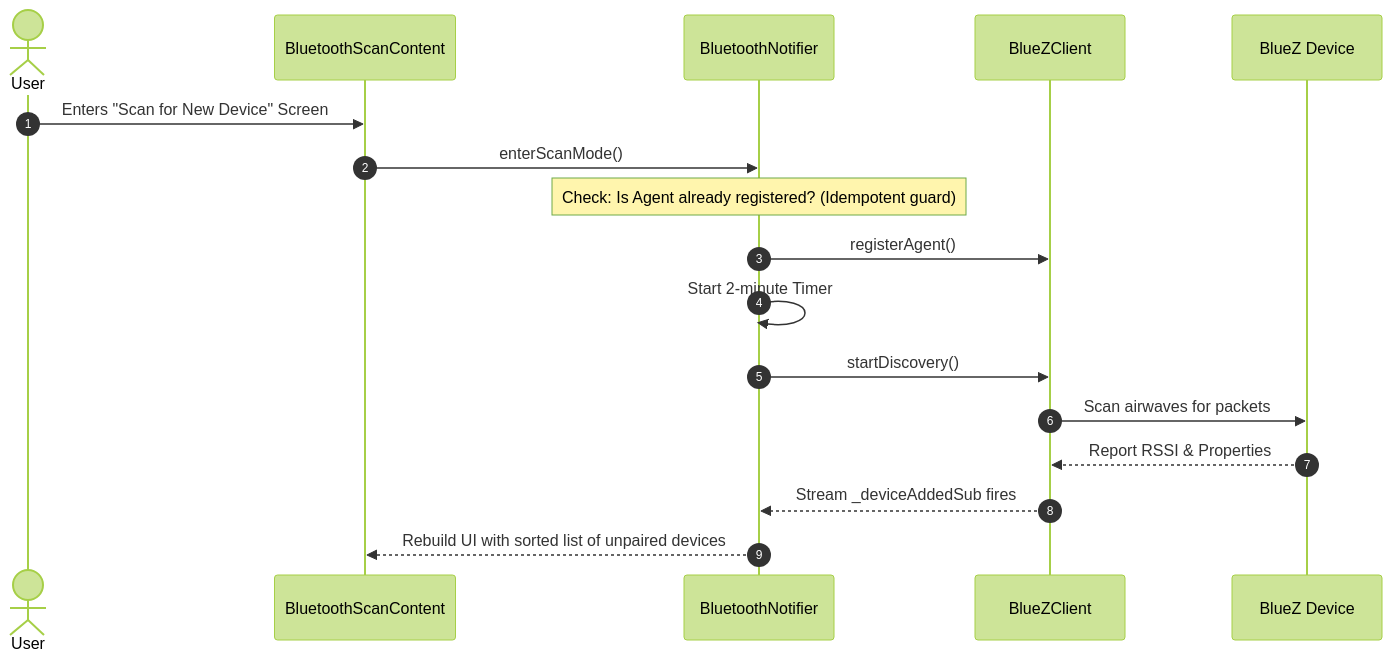
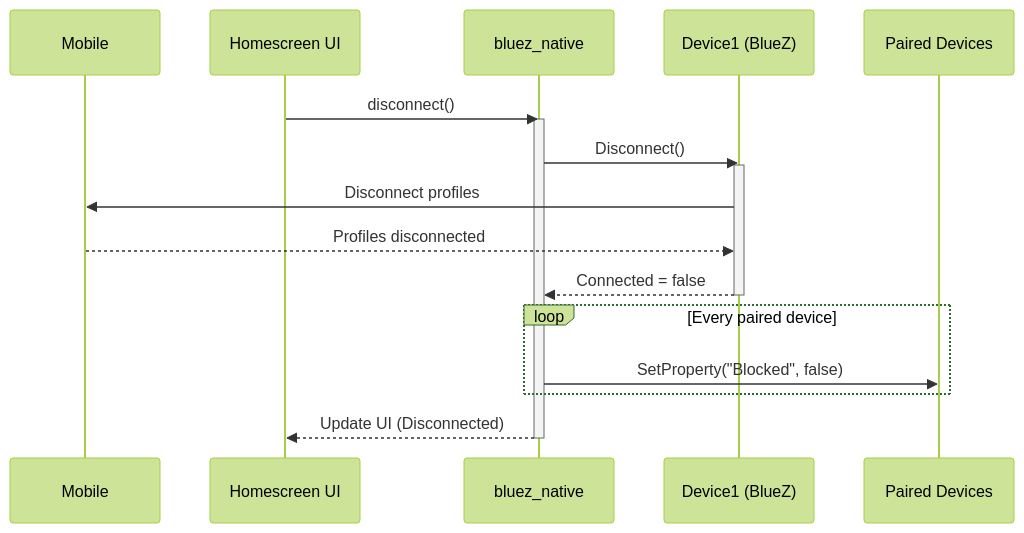
Before and after one commit to jaydon2020/agl-bluetooth-integration-gsoc26: the fifth of 7 diagrams in docs/content/guide/bluetooth-settings.md, drawn with Mermaid (forest theme). The commit also changed other lines of this file, not shown here.

Commit message:
docs: update Bluetooth Settings Module

```diff
--- a/docs/content/guide/bluetooth-settings.md
+++ b/docs/content/guide/bluetooth-settings.md
@@ -148,20 +196,23 @@
 <pre class="mermaid">
 sequenceDiagram
-    autonumber
-    actor User
-    participant Page as BluetoothScanContent
-    participant N as BluetoothNotifier
-    participant BC as BlueZClient
-    participant D as BlueZ Device
+    participant M as Mobile
+    participant UI as Homescreen UI
+    participant BN as bluez_native
+    participant D as Device1 (BlueZ)
+    participant O as Paired Devices
 
-    User->>Page: Enters "Scan for New Device" Screen
-    Page->>N: enterScanMode()
-    Note over N: Check: Is Agent already registered? (Idempotent guard)
-    N->>BC: registerAgent()
-    N->>N: Start 2-minute Timer
-    N->>BC: startDiscovery()
-    BC->>D: Scan airwaves for packets
-    D-->>BC: Report RSSI & Properties
-    BC-->>N: Stream _deviceAddedSub fires
-    N-->>Page: Rebuild UI with sorted list of unpaired devices
+    UI->>BN: disconnect()
+    activate BN
+    BN->>D: Disconnect()
+    activate D
+    D->>M: Disconnect profiles
+    M-->>D: Profiles disconnected
+    D-->>BN: Connected = false
+    deactivate D
+
+    loop Every paired device
+        BN->>O: SetProperty("Blocked", false)
+    end
+    BN-->>UI: Update UI (Disconnected)
+    deactivate BN
 </pre>
```
